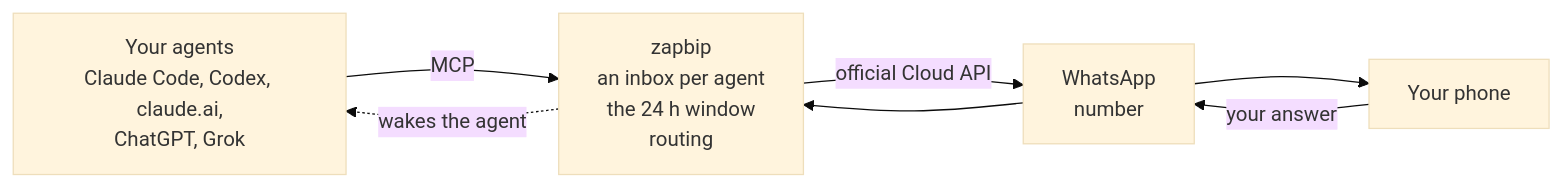
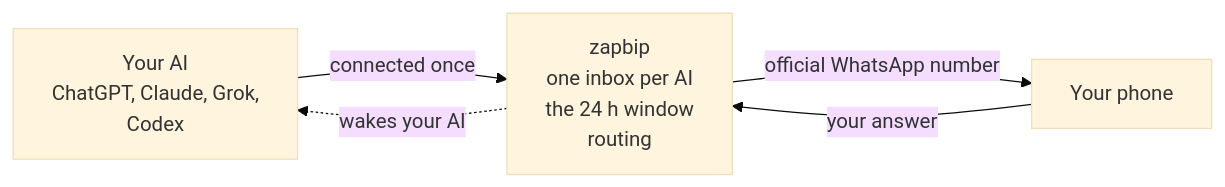
The diagram in apps/docs/index.mdx (dhyegocalota/zapbip), drawn with Mermaid (base theme) before and after one commit. The commit also changed other lines of this file and 41 other files, not shown here.

````diff
--- a/apps/docs/index.mdx
+++ b/apps/docs/index.mdx
@@ -70,9 +73,7 @@
 ```mermaid
 flowchart LR
-  A["Your agents<br/>Claude Code, Codex, claude.ai,<br/>ChatGPT, Grok"] -->|MCP| Z["zapbip<br/>an inbox per agent<br/>the 24 h window<br/>routing"]
-  Z -->|official Cloud API| W["WhatsApp<br/>number"]
-  W --> P["Your phone"]
-  P -->|your answer| W
-  W --> Z
-  Z -.->|wakes the agent| A
+  A["Your AI<br/>ChatGPT, Claude, Grok,<br/>Codex"] -->|connected once| Z["zapbip<br/>one inbox per AI<br/>the 24 h window<br/>routing"]
+  Z -->|official WhatsApp number| P["Your phone"]
+  P -->|your answer| Z
+  Z -.->|wakes your AI| A
 ```
````
